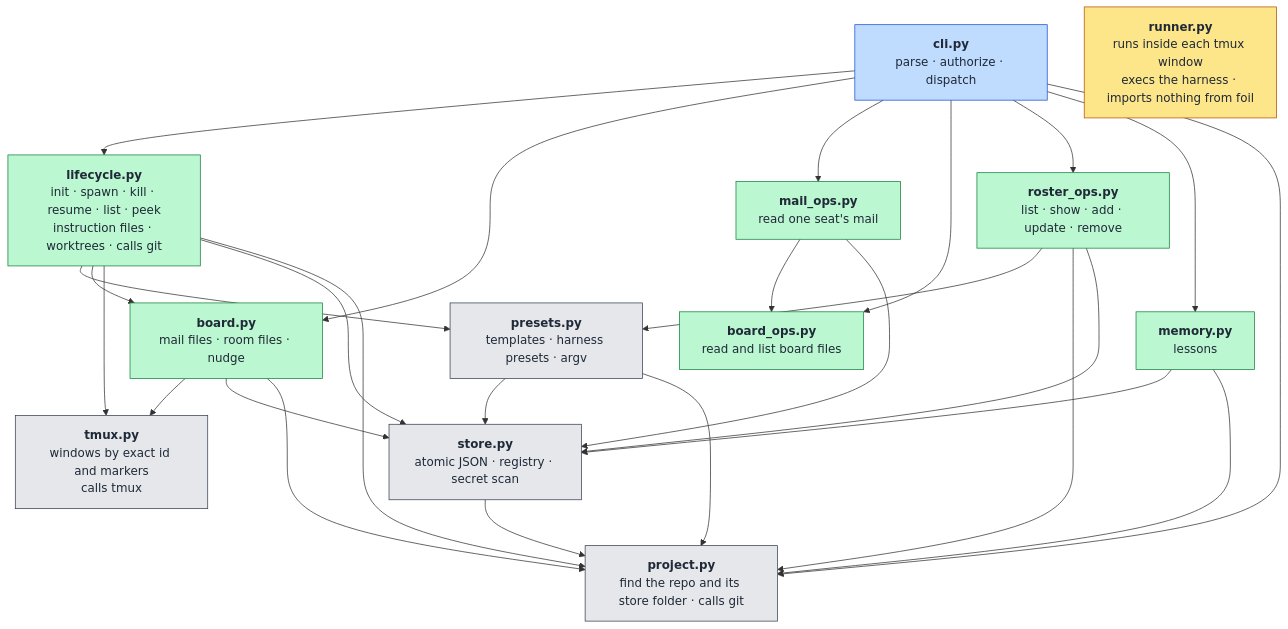
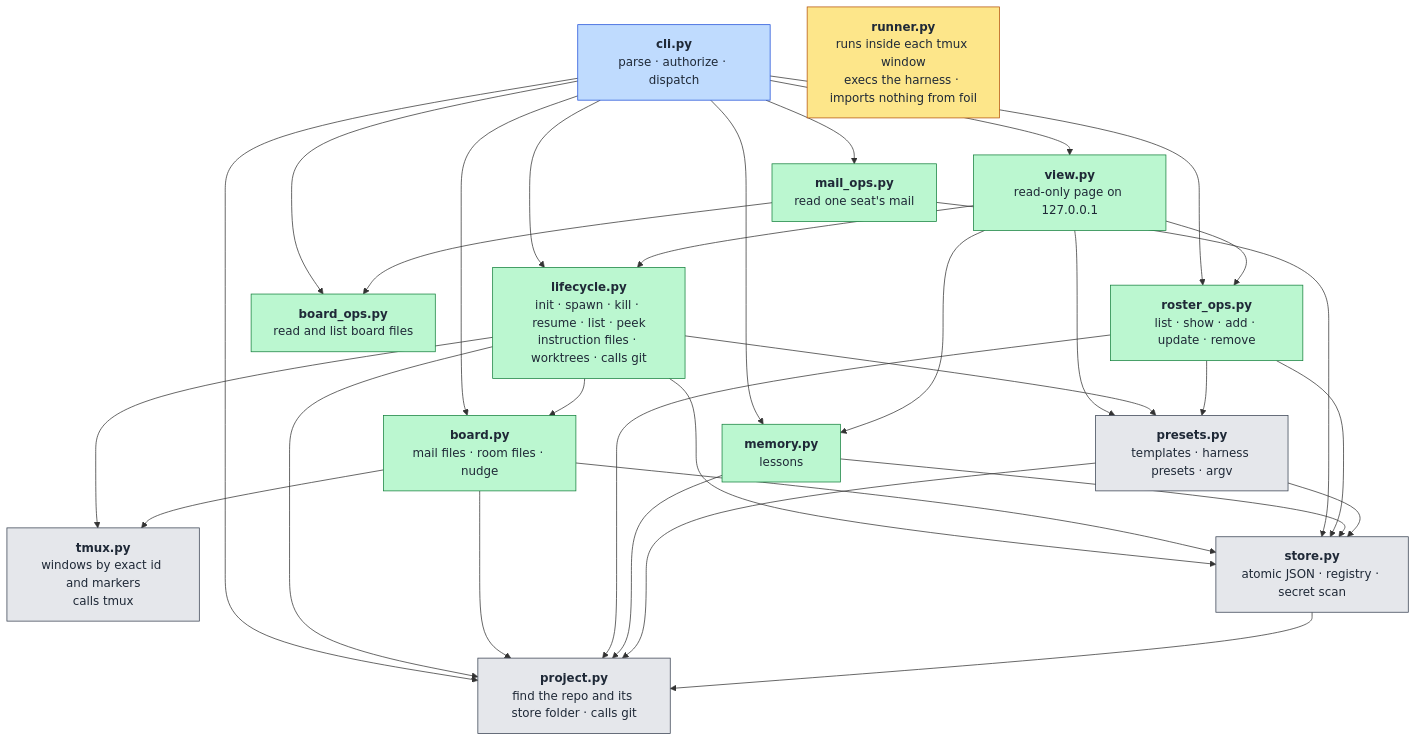
One commit to TiantianFlow/foil changed the first of 2 diagrams in docs/architecture.md. Above: the diagram before and after it, drawn with Mermaid. The commit also changed other lines of this file and 19 other files, not shown here.

````diff
--- a/docs/architecture.md
+++ b/docs/architecture.md
@@ -30,54 +31,60 @@
 ```mermaid
 flowchart TB
   cli["<b>cli.py</b><br/>parse · authorize · dispatch"]
 
   lifecycle["<b>lifecycle.py</b><br/>init · spawn · kill · resume · list · peek<br/>instruction files · worktrees · calls git"]
   board["<b>board.py</b><br/>mail files · room files · nudge"]
   mail_ops["<b>mail_ops.py</b><br/>read one seat's mail"]
   board_ops["<b>board_ops.py</b><br/>read and list board files"]
   roster_ops["<b>roster_ops.py</b><br/>list · show · add · update · remove"]
   memory["<b>memory.py</b><br/>lessons"]
+  view["<b>view.py</b><br/>read-only page on 127.0.0.1"]
 
   presets["<b>presets.py</b><br/>templates · harness presets · argv"]
   tmuxmod["<b>tmux.py</b><br/>windows by exact id and markers<br/>calls tmux"]
   store["<b>store.py</b><br/>atomic JSON · registry · secret scan"]
 
   project["<b>project.py</b><br/>find the repo and its store folder · calls git"]
 
   runner["<b>runner.py</b><br/>runs inside each tmux window<br/>execs the harness · imports nothing from foil"]
 
   cli --> lifecycle
   cli --> board
   cli --> mail_ops
   cli --> board_ops
   cli --> roster_ops
   cli --> memory
   cli --> project
+  cli --> view
+  view --> lifecycle
+  view --> roster_ops
+  view --> memory
+  view --> presets
   lifecycle --> presets
   lifecycle --> board
   lifecycle --> tmuxmod
   lifecycle --> store
   lifecycle --> project
   board --> tmuxmod
   board --> store
   board --> project
   mail_ops --> board_ops
   mail_ops --> store
   roster_ops --> presets
   roster_ops --> project
   roster_ops --> store
   memory --> store
   memory --> project
   presets --> store
   presets --> project
   store --> project
 
   classDef entry fill:#bfdbfe,stroke:#1d4ed8,color:#1f2937
   classDef core fill:#bbf7d0,stroke:#15803d,color:#1f2937
   classDef base fill:#e5e7eb,stroke:#374151,color:#1f2937
   classDef apart fill:#fde68a,stroke:#b45309,color:#1f2937
   class cli entry
-  class lifecycle,board,mail_ops,board_ops,roster_ops,memory core
+  class lifecycle,board,mail_ops,board_ops,roster_ops,memory,view core
   class presets,tmuxmod,store,project base
   class runner apart
 ```
````
